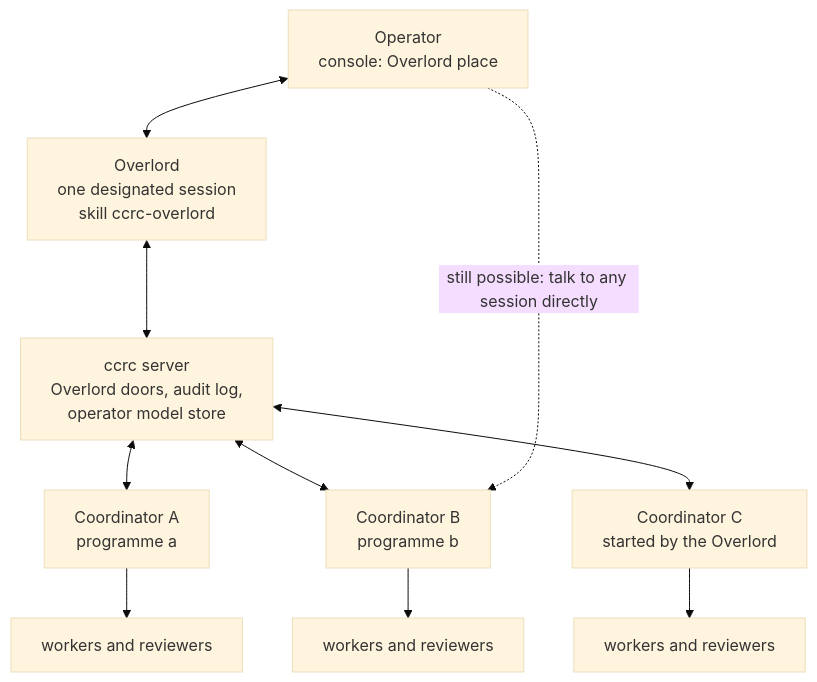
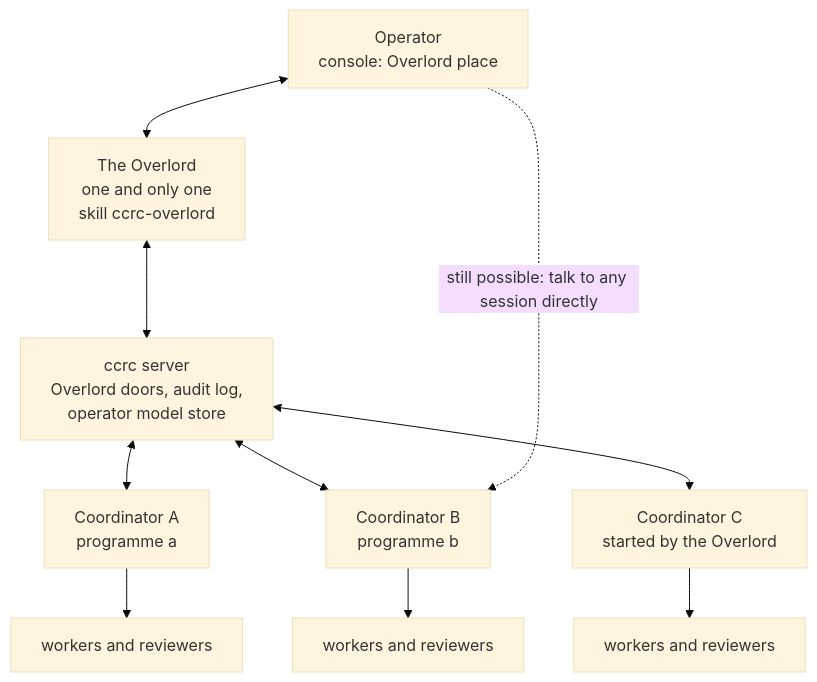
One commit to Synapsium-Labs/ccrc-pwa changed the first of 7 diagrams in docs/superpowers/specs/2026-11-09-overlord-design.md. Above: the diagram before and after it, drawn with Mermaid (base theme). The commit also changed other lines of this file, not shown here.

First line of the commit message:
docs(spec): the Overlord is one and only one (R7)

````diff
--- a/docs/superpowers/specs/2026-11-09-overlord-design.md
+++ b/docs/superpowers/specs/2026-11-09-overlord-design.md
@@ -108,12 +111,12 @@
 ```mermaid
 flowchart TB
-  OP["Operator<br/>console: Overlord place"] <--> OV["Overlord<br/>one designated session<br/>skill ccrc-overlord"]
+  OP["Operator<br/>console: Overlord place"] <--> OV["The Overlord<br/>one and only one<br/>skill ccrc-overlord"]
   OV <--> SRV["ccrc server<br/>Overlord doors, audit log,<br/>operator model store"]
   SRV <--> C1["Coordinator A<br/>programme a"]
   SRV <--> C2["Coordinator B<br/>programme b"]
   SRV <--> C3["Coordinator C<br/>started by the Overlord"]
   C1 --> W1["workers and reviewers"]
   C2 --> W2["workers and reviewers"]
   C3 --> W3["workers and reviewers"]
   OP -. "still possible: talk to any session directly" .-> C2
 ```
````
